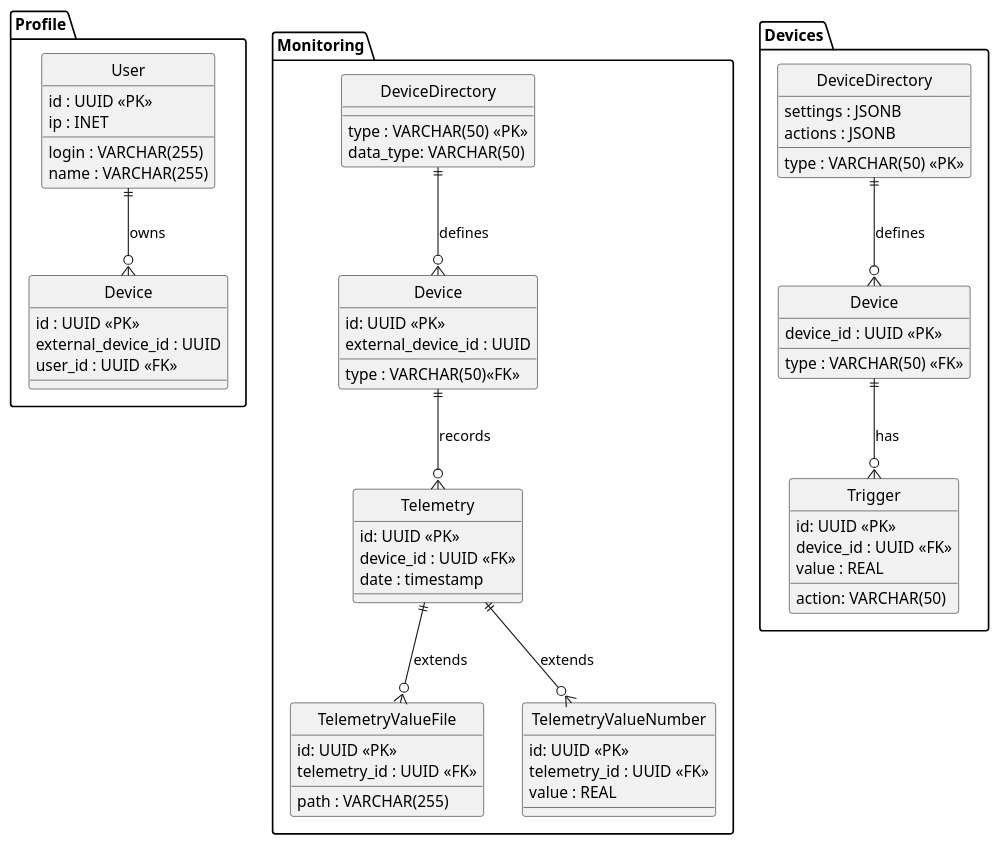
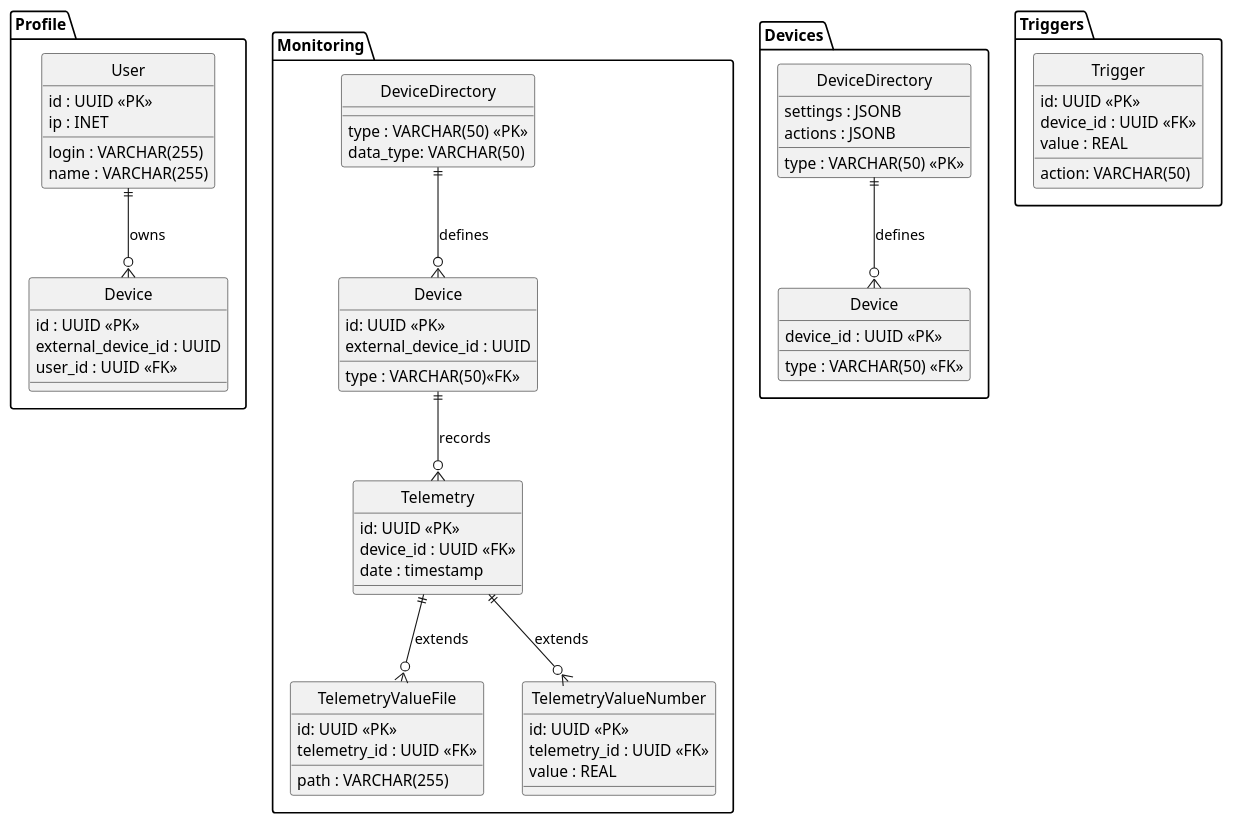
The diagram in diagrams/bd.puml (zema888/practicum-architecture-warmhouse), drawn with PlantUML before and after one commit. The commit also changed 5 other files, not shown here.

```diff
--- a/diagrams/bd.puml
+++ b/diagrams/bd.puml
@@ -1,76 +1,77 @@
 @startuml
 hide circle
 ' === Profile ===
 package "Profile" {
     entity User {
       id : UUID <<PK>>
       login : VARCHAR(255)
       name : VARCHAR(255)
       ip : INET
     }
 
     entity Device {
       id : UUID <<PK>>
       external_device_id : UUID
       user_id : UUID <<FK>>
     }
 
     User ||--o{ Device : "owns"
 }
 
 package "Monitoring" {
 
     entity DeviceDirectory {
       type : VARCHAR(50) <<PK>>
       data_type: VARCHAR(50)
     }
     entity Device {
       id: UUID <<PK>>
       external_device_id : UUID
       type : VARCHAR(50)<<FK>>
     }
     entity Telemetry {
       id: UUID <<PK>>
       device_id : UUID <<FK>>
       date : timestamp
     }
     entity TelemetryValueFile {
       id: UUID <<PK>>
       telemetry_id : UUID <<FK>>
       path : VARCHAR(255)
     }
     entity TelemetryValueNumber {
       id: UUID <<PK>>
       telemetry_id : UUID <<FK>>
       value : REAL
     }
     DeviceDirectory ||--o{ Device : "defines"
     Telemetry ||--o{ TelemetryValueFile : "extends"
     Telemetry ||--o{ TelemetryValueNumber : "extends"
     Device ||--o{ Telemetry : "records"
 }
 
 package "Devices" {
     entity DeviceDirectory {
       type : VARCHAR(50) <<PK>>
       settings : JSONB
       actions : JSONB
     }
 
     entity Device {
       device_id : UUID <<PK>>
       type : VARCHAR(50) <<FK>>
     }
 
+     DeviceDirectory ||--o{ Device : "defines"
+}
+
+package "Triggers" {
     entity Trigger {
       id: UUID <<PK>>
       device_id : UUID <<FK>>
       value : REAL
       action: VARCHAR(50)
     }
-
-     DeviceDirectory ||--o{ Device : "defines"
-     Device ||--o{ Trigger : "has"
 }
 
 @enduml
```
